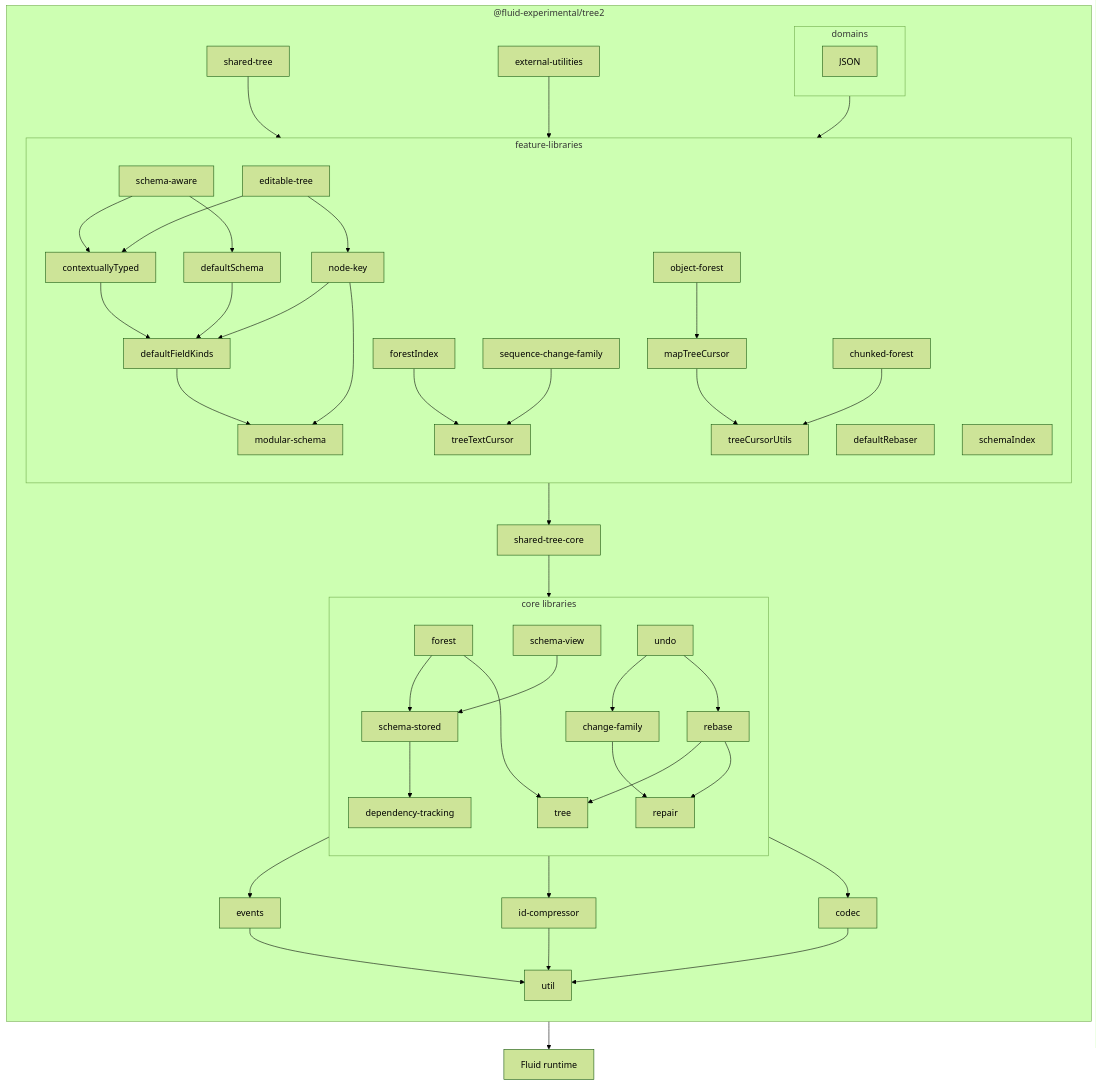
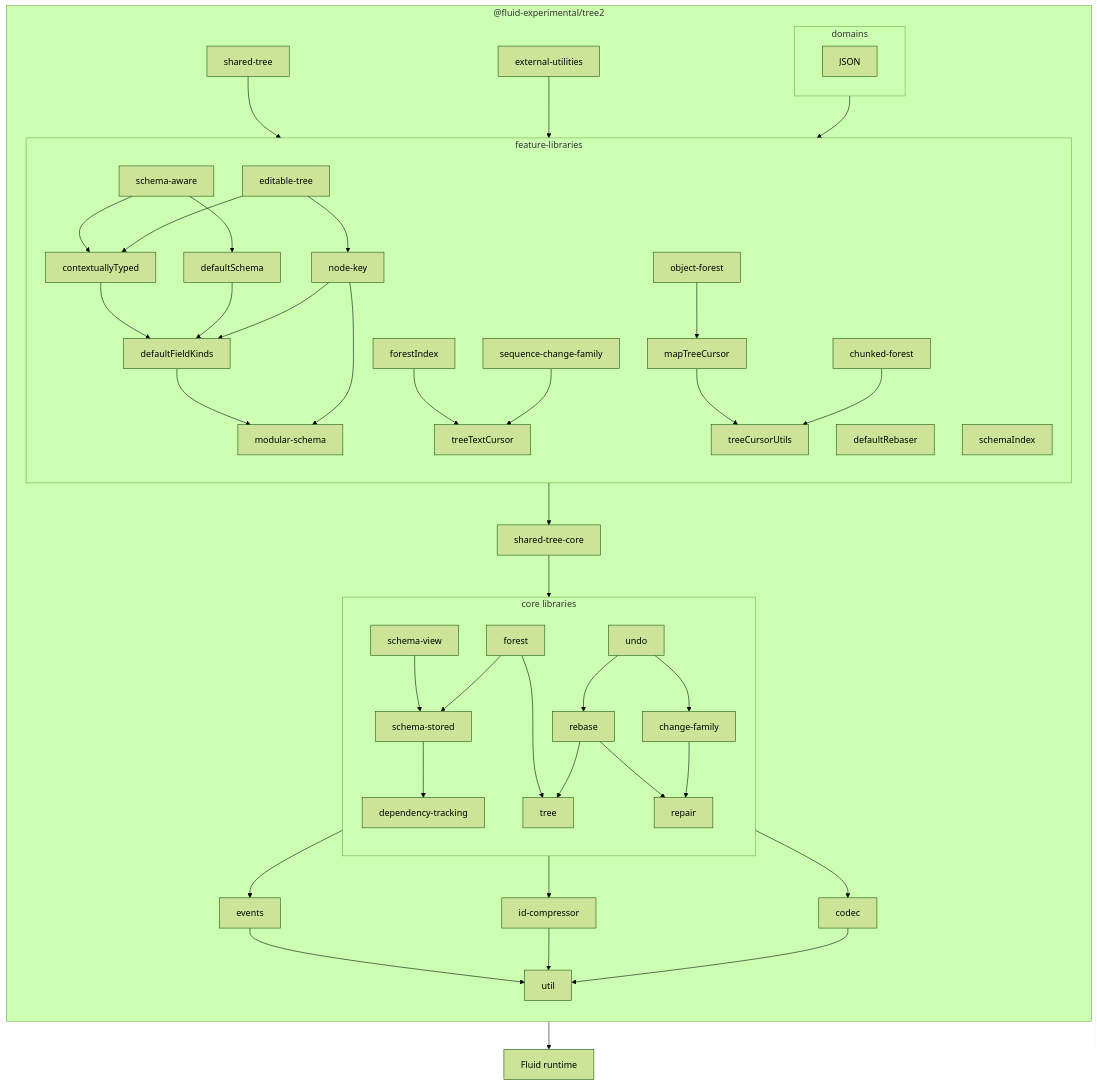
The sixth of 6 diagrams in experimental/dds/tree2/README.md (microsoft/FluidFramework), drawn with Mermaid (forest theme) before and after one commit.

Commit message:
Cleanup readme arrows

````diff
--- a/experimental/dds/tree2/README.md
+++ b/experimental/dds/tree2/README.md
@@ -318,50 +318,51 @@
 ```mermaid
 flowchart
     direction TB
     subgraph package ["@fluid-experimental/tree2"]
         direction TB
         subgraph core ["core libraries"]
             direction TB
+            schema-view
             forest-->schema-stored
             rebase-->tree
             change-family-->repair
             rebase-->repair
             schema-stored-->dependency-tracking
             schema-view-->schema-stored
             dependency-tracking
             forest-->tree
+            undo-->rebase
             undo-->change-family
-            undo-->rebase
         end
         core-->events-->util
         core-->id-compressor-->util
         core-->codec-->util
         feature-->shared-tree-core
         shared-tree-core-->core
         shared-tree-->feature
         external-utilities-->feature
         subgraph feature ["feature-libraries"]
             direction TB
             schema-aware-->defaultSchema
             schema-aware-->contextuallyTyped
             editable-tree-->contextuallyTyped
             editable-tree-->node-key
             defaultRebaser
             contextuallyTyped-->defaultFieldKinds
             defaultSchema-->defaultFieldKinds-->modular-schema
             forestIndex-->treeTextCursor
             modular-schema
             node-key-->modular-schema
             node-key-->defaultFieldKinds
             object-forest-->mapTreeCursor-->treeCursorUtils
             chunked-forest-->treeCursorUtils
             schemaIndex
             sequence-change-family-->treeTextCursor
         end
         subgraph domains
             JSON
         end
         domains-->feature
     end
     package-->runtime["Fluid runtime"]
 ```
````
